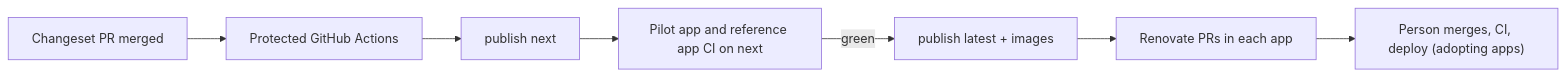
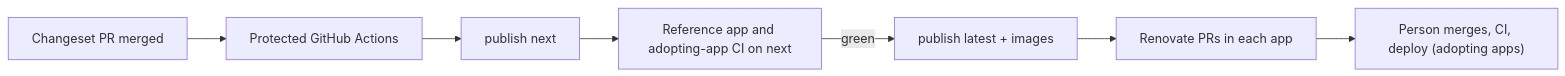
Before and after one commit to marinoscar/EnterpriseAppBase: the sixth of 8 diagrams in docs/specs/platform-packages.md, drawn with Mermaid. The commit also changed other lines of this file, not shown here.

````diff
--- a/docs/specs/platform-packages.md
+++ b/docs/specs/platform-packages.md
@@ -905,9 +915,9 @@
 ```mermaid
 flowchart LR
   ch["Changeset PR merged"] --> ci["Protected GitHub Actions"]
   ci --> next["publish next"]
-  next --> evo["Pilot app and reference app CI on next"]
+  next --> evo["Reference app and adopting-app CI on next"]
   evo -->|"green"| rel["publish latest + images"]
   rel --> ren["Renovate PRs in each app"]
   ren --> merge["Person merges, CI, deploy (adopting apps)"]
 ```
````
